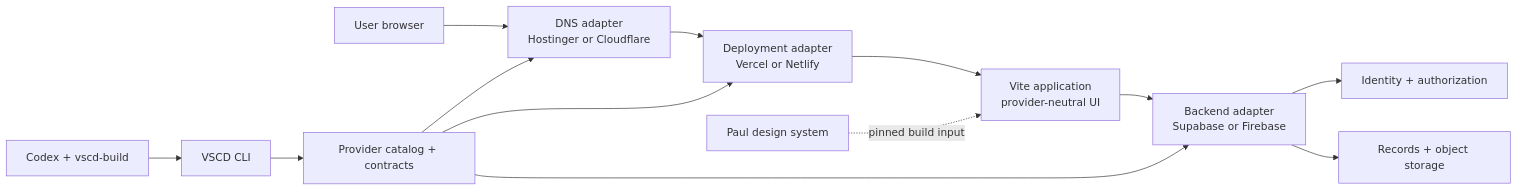
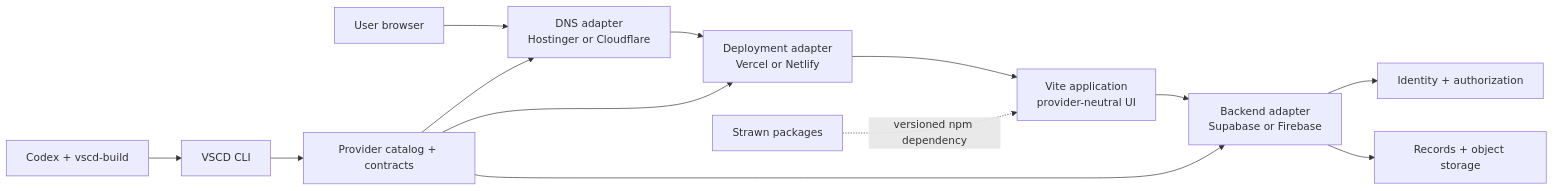
One commit to moriatz-labs/ribbon changed the first of 2 diagrams in docs/architecture.md. Above: the diagram before and after it, drawn with Mermaid. The commit also changed other lines of this file and 56 other files, not shown here.

Commit message:
Migrate VSCD to public Strawn packages (#24)

````diff
--- a/docs/architecture.md
+++ b/docs/architecture.md
@@ -11,16 +11,16 @@
 ```mermaid
 flowchart LR
     U["User browser"] --> DNS["DNS adapter\nHostinger or Cloudflare"]
     DNS --> DEP["Deployment adapter\nVercel or Netlify"]
     DEP --> APP["Vite application\nprovider-neutral UI"]
     APP --> BE["Backend adapter\nSupabase or Firebase"]
     BE --> AUTH["Identity + authorization"]
     BE --> DATA["Records + object storage"]
 
-    DS["Paul design system"] -. "pinned build input" .-> APP
+    DS["Strawn packages"] -. "versioned npm dependency" .-> APP
     CDX["Codex + vscd-build"] --> CLI["VSCD CLI"]
     CLI --> CATALOG["Provider catalog + contracts"]
     CATALOG --> DNS
     CATALOG --> DEP
     CATALOG --> BE
 ```
````
